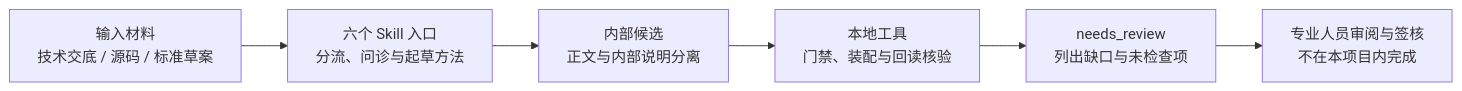
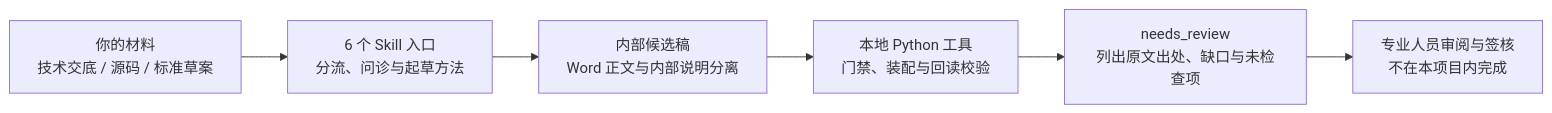
Before and after one commit to duyunzhoudyz/dyz-patent-copyright-skills: the diagram in README.md, drawn with Mermaid. The commit also changed other lines of this file and 1 other file, not shown here.

Commit message:
docs: rewrite bilingual READMEs in plain human voice highlighting Skill value

````diff
--- a/README.md
+++ b/README.md
@@ -184,8 +195,8 @@
 ```mermaid
 flowchart LR
-    input["输入材料<br/>技术交底 / 源码 / 标准草案"] --> skills["六个 Skill 入口<br/>分流、问诊与起草方法"]
-    skills --> draft["内部候选<br/>正文与内部说明分离"]
-    draft --> tools["本地工具<br/>门禁、装配与回读核验"]
-    tools --> review["needs_review<br/>列出缺口与未检查项"]
+    input["你的材料<br/>技术交底 / 源码 / 标准草案"] --> skills["6 个 Skill 入口<br/>分流、问诊与起草方法"]
+    skills --> draft["内部候选稿<br/>Word 正文与内部说明分离"]
+    draft --> tools["本地 Python 工具<br/>门禁、装配与回读校验"]
+    tools --> review["needs_review<br/>列出原文出处、缺口与未检查项"]
     review --> signoff["专业人员审阅与签核<br/>不在本项目内完成"]
 ```
````
